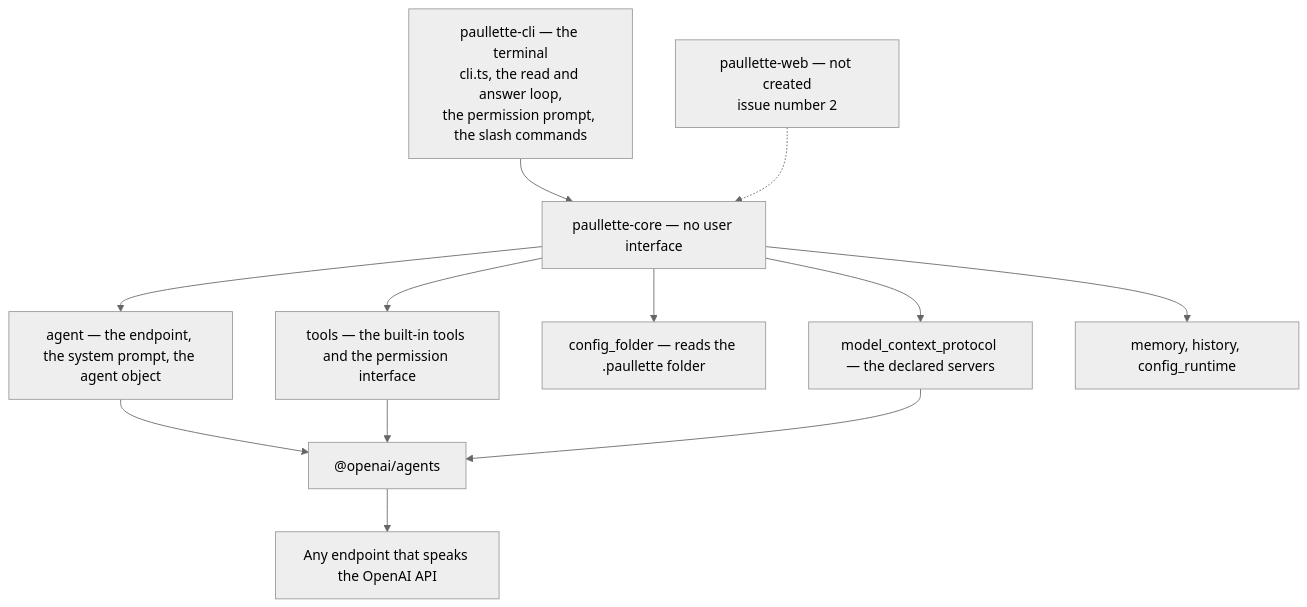
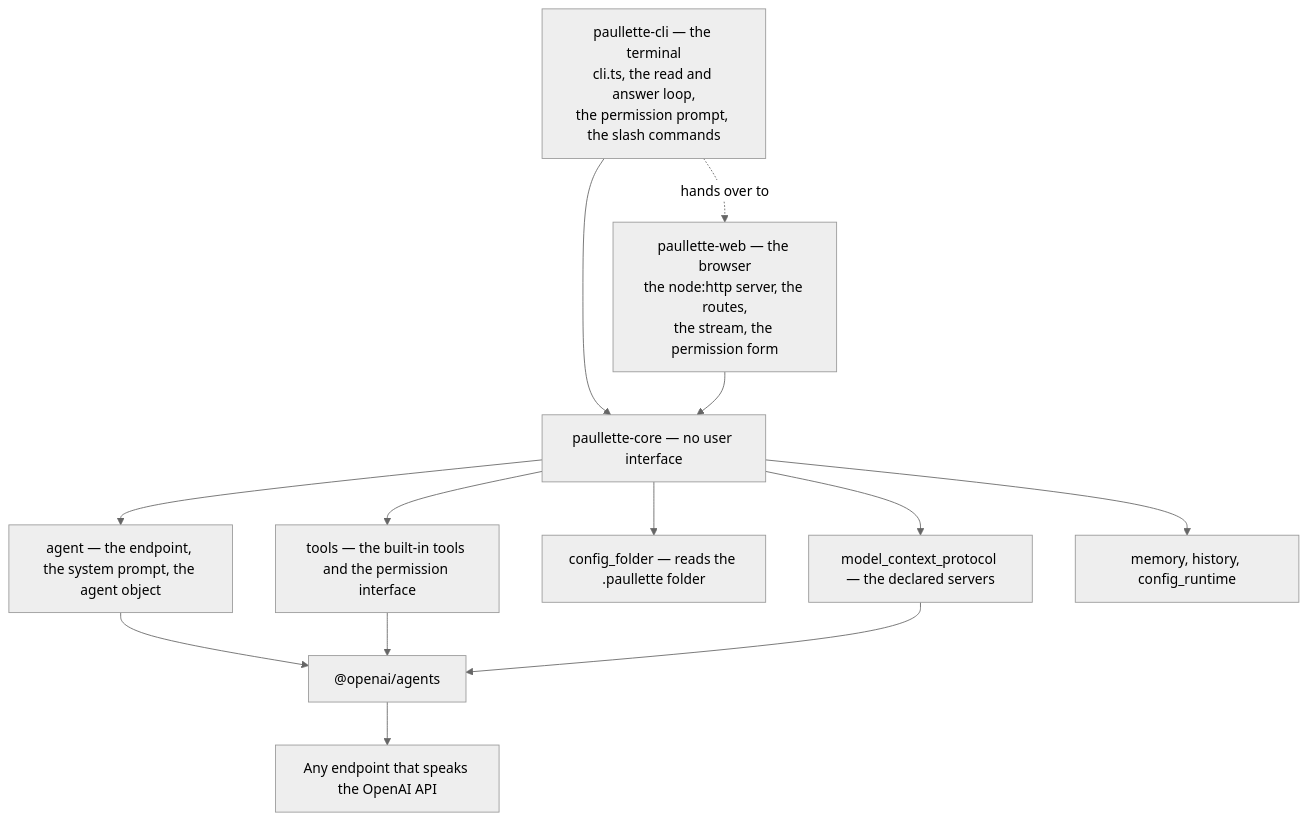
One commit to jeromeetienne/paullette changed the first of 2 diagrams in docs/architecture.md. Above: the diagram before and after it, drawn with Mermaid (neutral theme). The commit also changed other lines of this file and 8 other files, not shown here.

````diff
--- a/docs/architecture.md
+++ b/docs/architecture.md
@@ -27,25 +29,26 @@
 ```mermaid
 flowchart TD
 	CLI["paullette-cli — the terminal<br/>cli.ts, the read and answer loop,<br/>the permission prompt, the slash commands"]
-	WEB["paullette-web — not created<br/>issue number 2"]
+	WEB["paullette-web — the browser<br/>the node:http server, the routes,<br/>the stream, the permission form"]
 	CORE["paullette-core — no user interface"]
 	AGENT["agent — the endpoint, the system prompt, the agent object"]
 	TOOLS["tools — the built-in tools and the permission interface"]
 	FOLDER["config_folder — reads the .paullette folder"]
 	MCP["model_context_protocol — the declared servers"]
 	STATE["memory, history, config_runtime"]
 	SDK["@openai/agents"]
 	ENDPOINT["Any endpoint that speaks the OpenAI API"]
 
 	CLI --> CORE
-	WEB -.-> CORE
+	CLI -. hands over to .-> WEB
+	WEB --> CORE
 	CORE --> AGENT
 	CORE --> TOOLS
 	CORE --> FOLDER
 	CORE --> MCP
 	CORE --> STATE
 	AGENT --> SDK
 	TOOLS --> SDK
 	MCP --> SDK
 	SDK --> ENDPOINT
 ```
````
